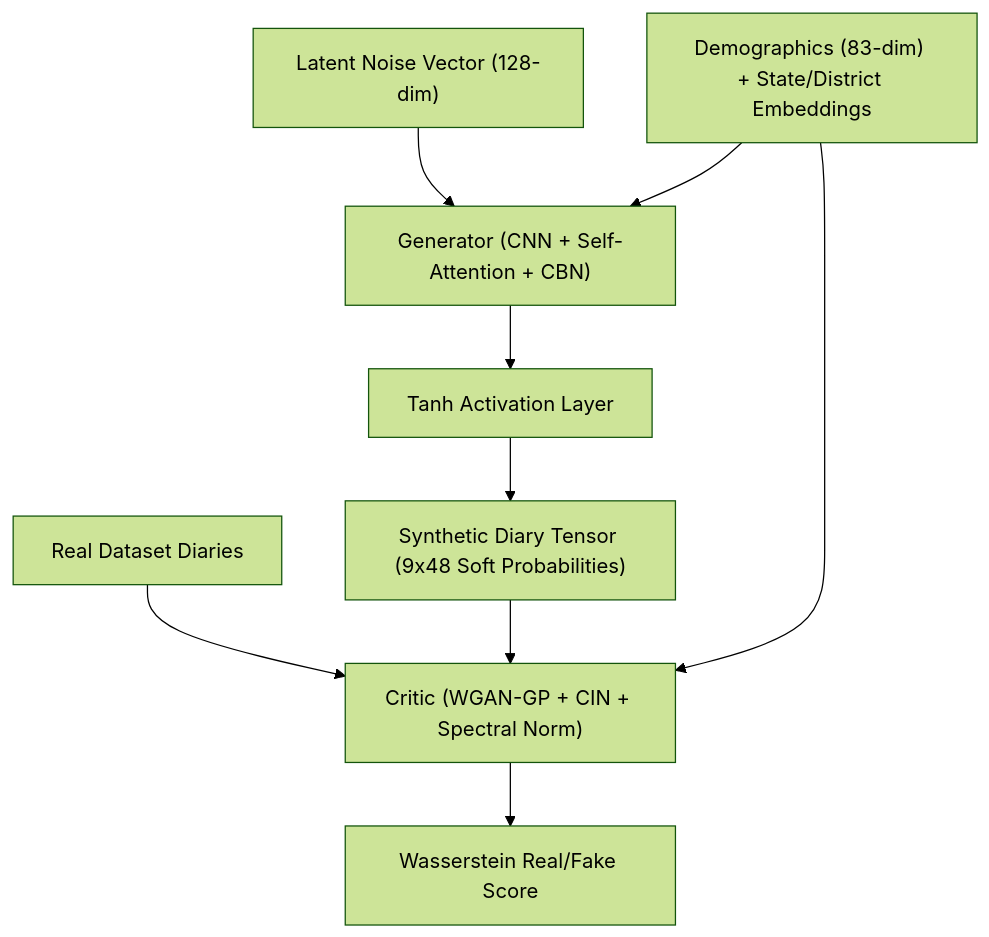
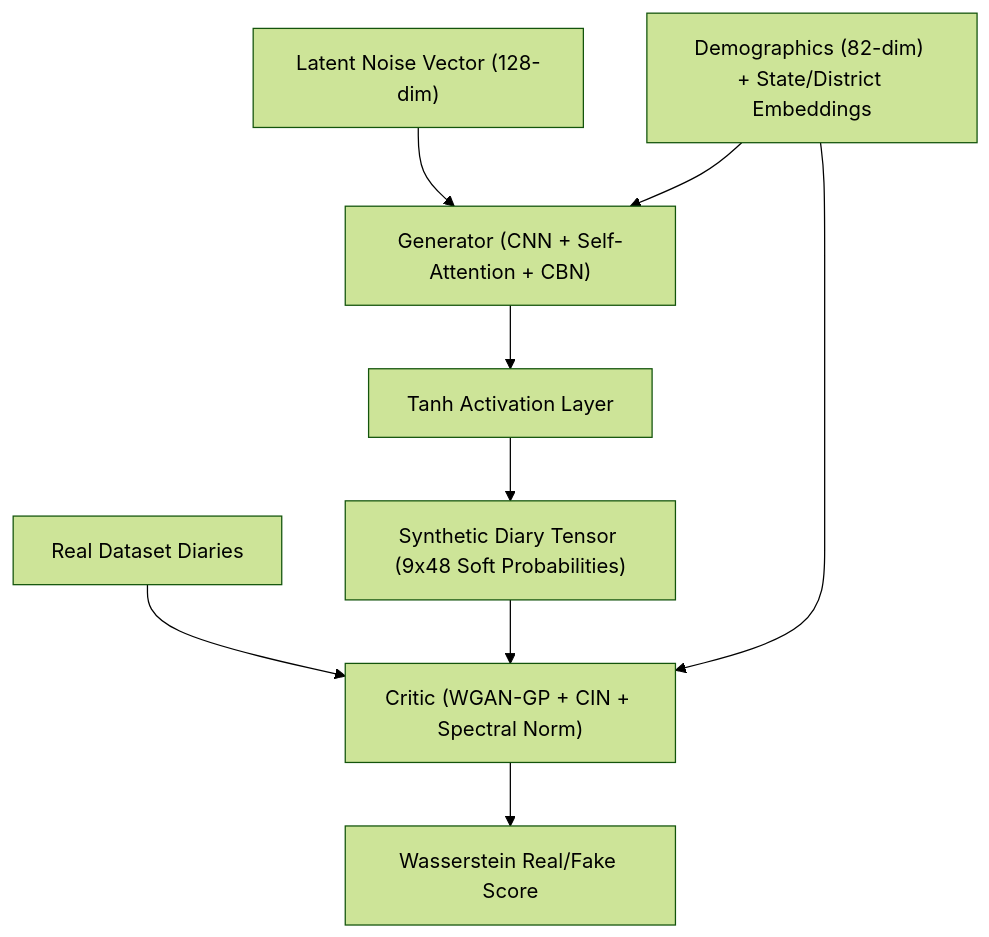
The diagram in docs/architecture_specs/tusgan-v2.md (venkat-nallapu/tusgan), drawn with Mermaid (forest theme) before and after one commit. The commit also changed 134 other files, not shown here.

````diff
--- a/docs/architecture_specs/tusgan-v2.md
+++ b/docs/architecture_specs/tusgan-v2.md
@@ -19,13 +19,13 @@
 ```mermaid
 graph TD
     Z["Latent Noise Vector (128-dim)"] --> Gen["Generator (CNN + Self-Attention + CBN)"]
-    C["Demographics (83-dim) + State/District Embeddings"] --> Gen
+    C["Demographics (82-dim) + State/District Embeddings"] --> Gen
     Gen --> T["Tanh Activation Layer"]
     T --> SD["Synthetic Diary Tensor (9x48 Soft Probabilities)"]
     
     RD["Real Dataset Diaries"] --> Crit["Critic (WGAN-GP + CIN + Spectral Norm)"]
     SD --> Crit
     C --> Crit
     
     Crit --> WS["Wasserstein Real/Fake Score"]
 ```
````
